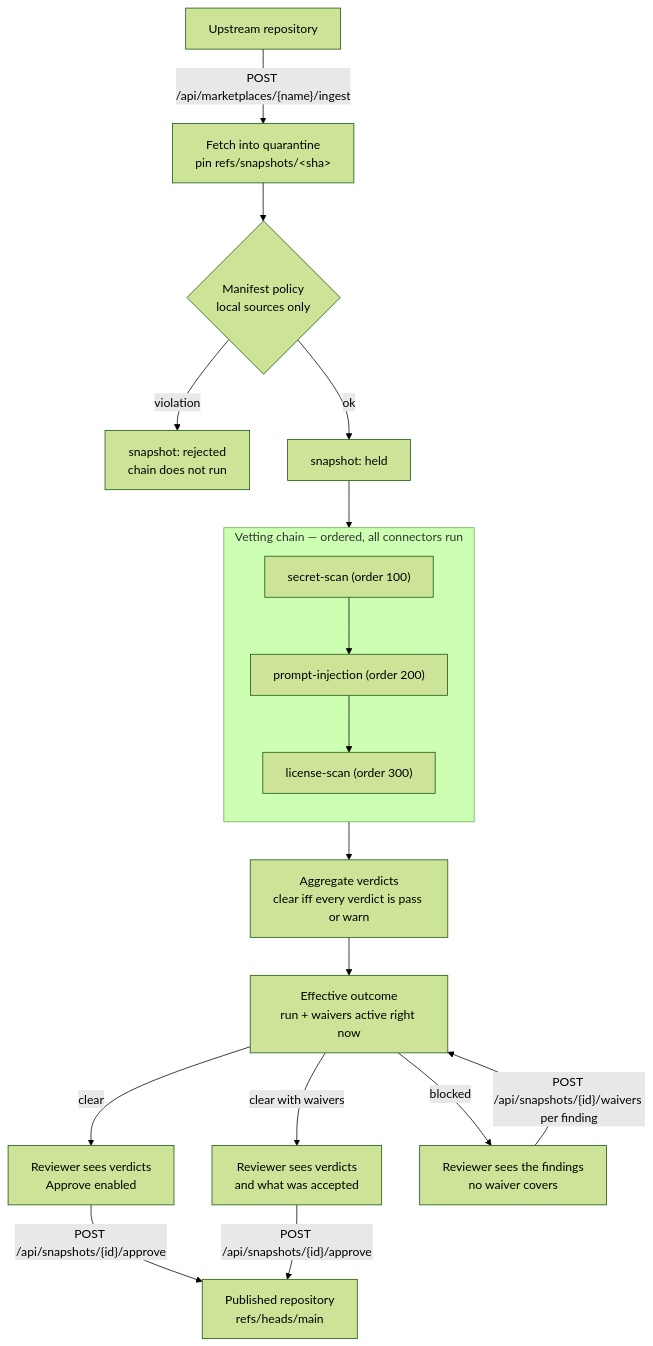
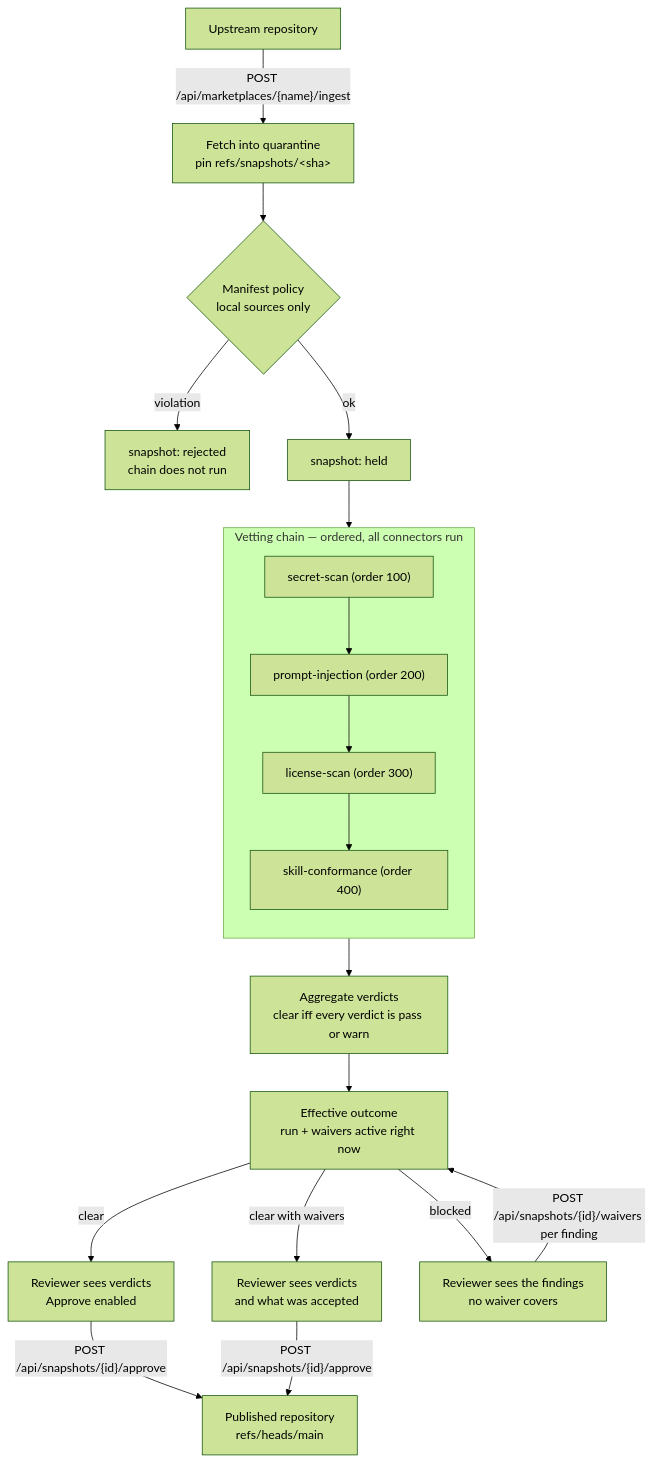
The diagram in docs/manual/concepts/vetting.md (skillsgateway/skillsgateway), drawn with Mermaid (forest theme) before and after one commit. The commit also changed other lines of this file and 22 other files, not shown here.

````diff
--- a/docs/manual/concepts/vetting.md
+++ b/docs/manual/concepts/vetting.md
@@ -16,22 +16,22 @@
 ```mermaid
 flowchart TD
     U["Upstream repository"] -->|"POST /api/marketplaces/{name}/ingest"| F["Fetch into quarantine<br/>pin refs/snapshots/&lt;sha&gt;"]
     F --> M{"Manifest policy<br/>local sources only"}
     M -->|violation| R["snapshot: rejected<br/>chain does not run"]
     M -->|ok| H["snapshot: held"]
     H --> C["Vetting chain"]
 
     subgraph C["Vetting chain — ordered, all connectors run"]
         direction TB
-        C1["secret-scan (order 100)"] --> C2["prompt-injection (order 200)"] --> C3["license-scan (order 300)"]
+        C1["secret-scan (order 100)"] --> C2["prompt-injection (order 200)"] --> C3["license-scan (order 300)"] --> C4["skill-conformance (order 400)"]
     end
 
     C --> A["Aggregate verdicts<br/>clear iff every verdict is pass or warn"]
     A --> E["Effective outcome<br/>run + waivers active right now"]
     E -->|clear| RV["Reviewer sees verdicts<br/>Approve enabled"]
     E -->|clear with waivers| RW["Reviewer sees verdicts<br/>and what was accepted"]
     E -->|blocked| RB["Reviewer sees the findings<br/>no waiver covers"]
     RV -->|"POST /api/snapshots/{id}/approve"| P["Published repository<br/>refs/heads/main"]
     RW -->|"POST /api/snapshots/{id}/approve"| P
     RB -->|"POST /api/snapshots/{id}/waivers per finding"| E
 ```
````
